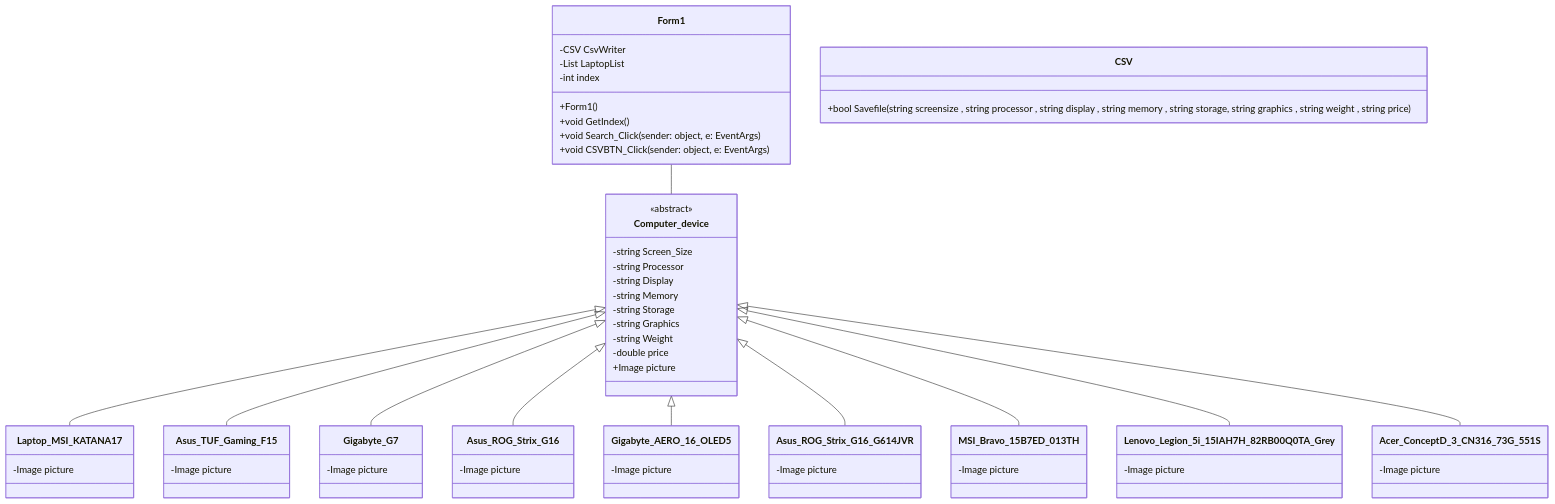
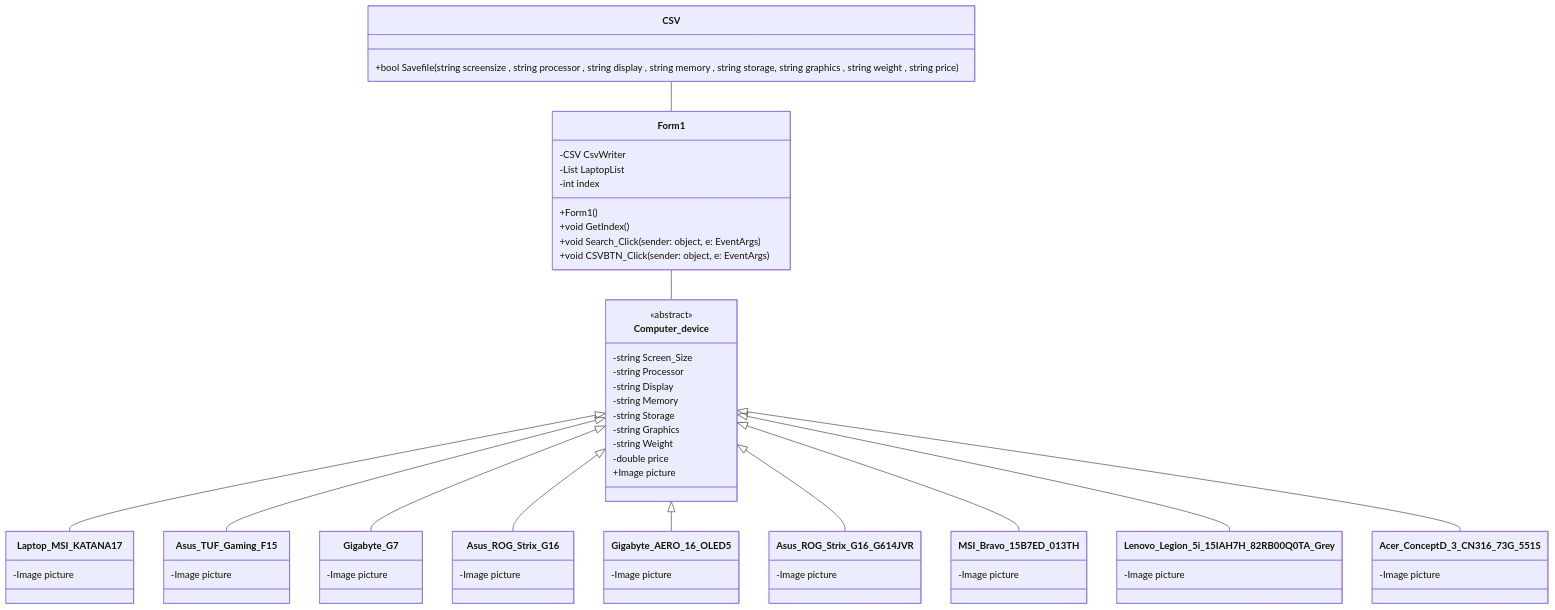
One commit to PastelMem/FinalProject changed the diagram in README.md. Above: the diagram before and after it, drawn with Mermaid.

````diff
--- a/README.md
+++ b/README.md
@@ -8,77 +8,78 @@
 ```mermaid
 classDiagram
    class Form1 {
         
         -CSV CsvWriter
         -List<string> LaptopList
         -int index
         +Form1()
         +void GetIndex()
         +void Search_Click(sender: object, e: EventArgs)
         +void CSVBTN_Click(sender: object, e: EventArgs)
     }
 
     class Computer_device {
         <<abstract>>
         -string Screen_Size
         -string Processor
         -string Display
         -string Memory
         -string Storage
         -string Graphics
         -string Weight
         -double price
         +Image picture
     }
 
     class Laptop_MSI_KATANA17 {
         -Image picture
     }
 
     class Asus_TUF_Gaming_F15 {
         -Image picture
     }
 
     class Gigabyte_G7 {
         -Image picture
     }
 
     class Asus_ROG_Strix_G16 {
         -Image picture
     }
 
     class Gigabyte_AERO_16_OLED5 {
         -Image picture
     }
 
     class Asus_ROG_Strix_G16_G614JVR {
         -Image picture
     }
 
     class MSI_Bravo_15B7ED_013TH {
         -Image picture
     }
 
     class Lenovo_Legion_5i_15IAH7H_82RB00Q0TA_Grey {
         -Image picture
     }
 
     class Acer_ConceptD_3_CN316_73G_551S {
         -Image picture
     }
 
     class CSV {
         +bool Savefile(string screensize , string processor , string display , string memory , string storage, string graphics , string weight , string price)
     }
+    CSV --  Form1
     Form1 -- Computer_device
     Computer_device <|-- Laptop_MSI_KATANA17
     Computer_device <|-- Asus_TUF_Gaming_F15
     Computer_device <|-- Gigabyte_G7
     Computer_device <|-- Asus_ROG_Strix_G16
     Computer_device <|-- Gigabyte_AERO_16_OLED5
     Computer_device <|-- Asus_ROG_Strix_G16_G614JVR
     Computer_device <|-- MSI_Bravo_15B7ED_013TH
     Computer_device <|-- Lenovo_Legion_5i_15IAH7H_82RB00Q0TA_Grey
     Computer_device <|-- Acer_ConceptD_3_CN316_73G_551S
     
 ```
````
